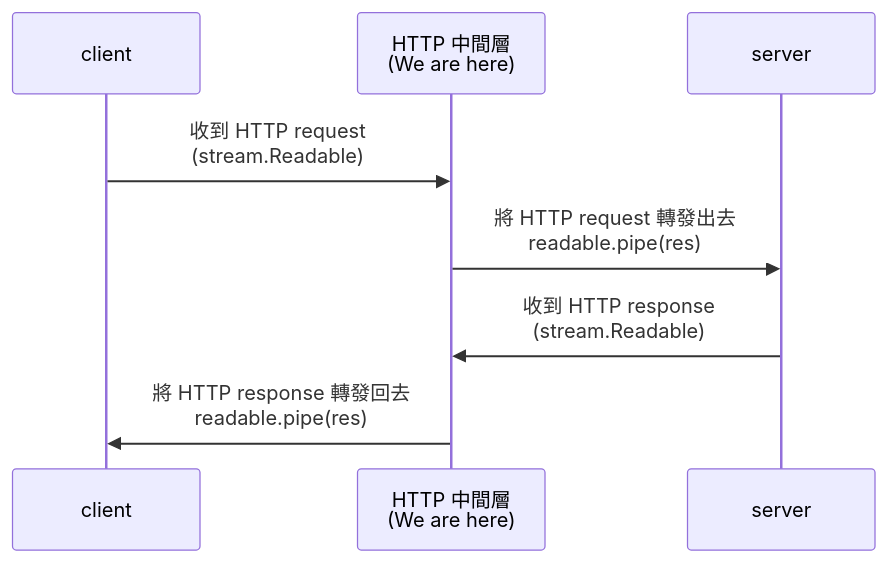
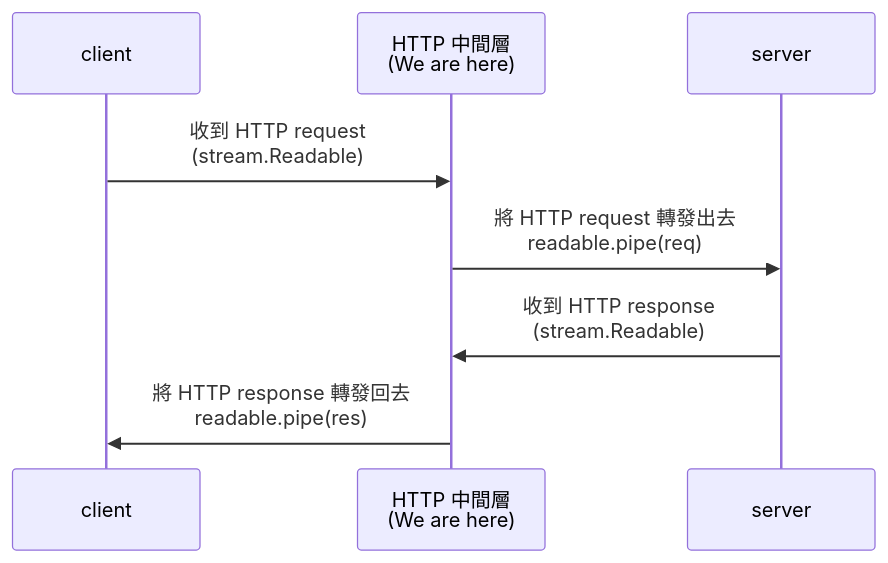
The diagram in docs/nodejs/stream-advance.md (samuel871211/yusheng-tech-blog), drawn with Mermaid before and after one commit. The commit also changed other lines of this file and 1 other file, not shown here.

````diff
--- a/docs/nodejs/stream-advance.md
+++ b/docs/nodejs/stream-advance.md
@@ -206,11 +206,11 @@
 ```mermaid
 sequenceDiagram
   participant client
   participant middle as HTTP 中間層<br/>(We are here)
   participant server
 
   client ->> middle: 收到 HTTP request<br/>(stream.Readable)
-  middle ->> server: 將 HTTP request 轉發出去<br/>readable.pipe(res)
+  middle ->> server: 將 HTTP request 轉發出去<br/>readable.pipe(req)
   server ->> middle: 收到 HTTP response<br/>(stream.Readable)
   middle ->> client: 將 HTTP response 轉發回去<br/>readable.pipe(res)
 ```
````
